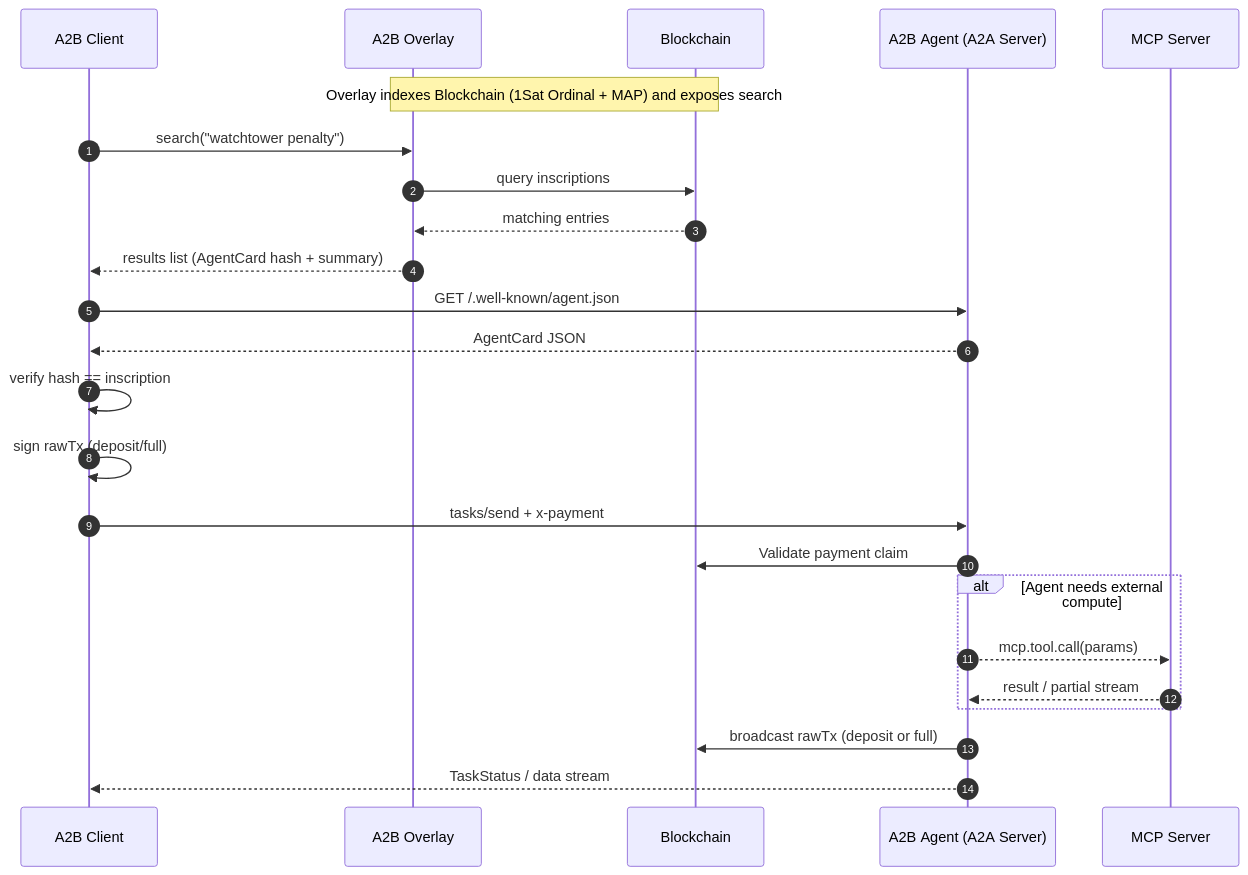
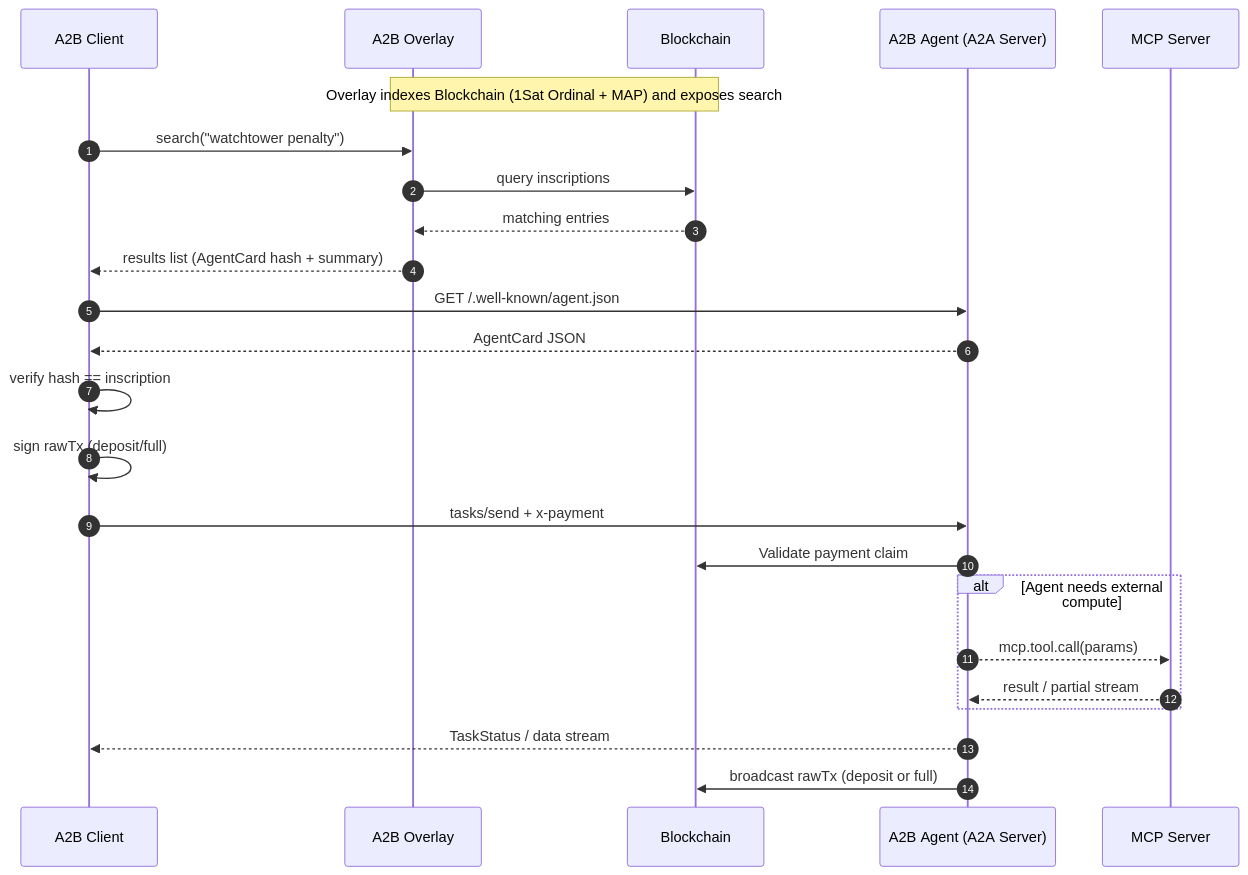
Before and after one commit to b-open-io/bsv-mcp: the first of 6 diagrams in docs/a2b.md, drawn with Mermaid. The commit also changed other lines of this file, not shown here.

Commit message:
Enhance A2B documentation: add detailed cross-chain registry compatibility section, including data capacity comparisons and pointer variant specifications, to improve understanding of multi-chain integration and efficiency.

````diff
--- a/docs/a2b.md
+++ b/docs/a2b.md
@@ -51,34 +51,36 @@
 ```mermaid
 sequenceDiagram
     autonumber
     participant C as A2B Client
     participant O as A2B Overlay
     participant B as Blockchain
     participant S as A2B Agent (A2A Server)
     participant T as MCP Server
 
     Note over O,B: Overlay indexes Blockchain (1Sat Ordinal + MAP) and exposes search
 
     C->>O: search("watchtower penalty")
     O->>B: query inscriptions
     B-->>O: matching entries
     O-->>C: results list (AgentCard hash + summary)
 
     C->>S: GET /.well-known/agent.json
     S-->>C: AgentCard JSON
     C->>C: verify hash == inscription
 
     C->>C: sign rawTx (deposit/full)
     C->>S: tasks/send + x‑payment
 
+    
     S->>B: Validate payment claim
 
     alt Agent needs external compute
         S-->>T: mcp.tool.call(params)
         T-->>S: result / partial stream
     end
 
+    S-->>C: TaskStatus / data stream
+
     S->>B: broadcast rawTx (deposit or full)
 
-    S-->>C: TaskStatus / data stream
 ```
````
